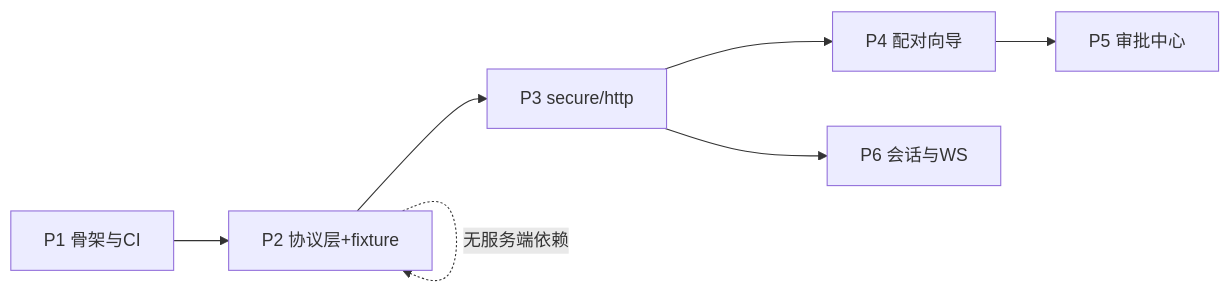
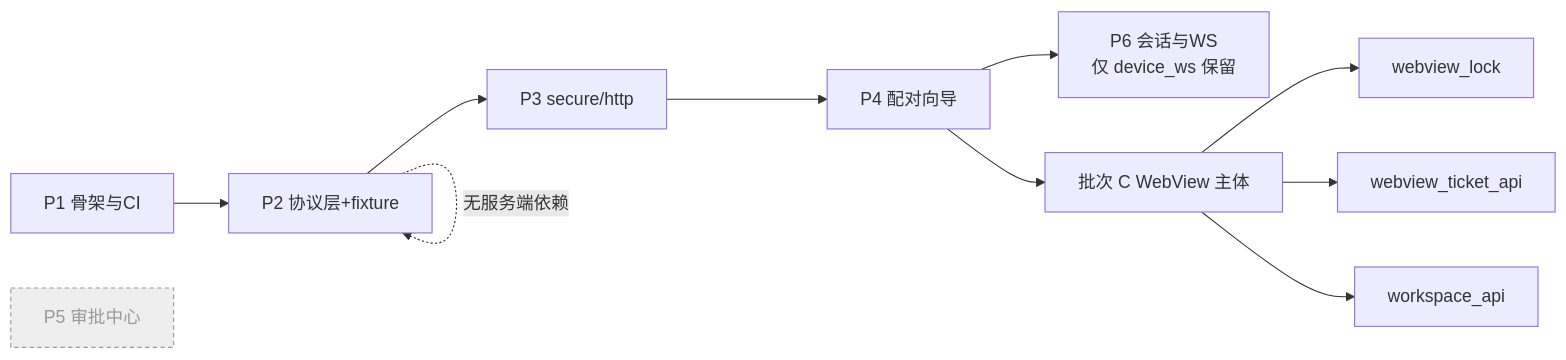
Before and after one commit to dsliveid/harness_go: the diagram in docs/移动端开发实施计划.md, drawn with Mermaid. The commit also changed other lines of this file, not shown here.

````diff
--- a/docs/移动端开发实施计划.md
+++ b/docs/移动端开发实施计划.md
@@ -162,9 +167,14 @@
 ```mermaid
 flowchart LR
   P1[P1 骨架与CI] --> P2[P2 协议层+fixture]
   P2 --> P3[P3 secure/http]
   P3 --> P4[P4 配对向导]
-  P4 --> P5[P5 审批中心]
-  P3 --> P6[P6 会话与WS]
+  P4 --> P6[P6 会话与WS<br/>仅 device_ws 保留]
   P2 -.无服务端依赖.-> P2
+  P4 --> C[批次 C WebView 主体]
+  C --> C1[webview_lock]
+  C --> C2[webview_ticket_api]
+  C --> C3[workspace_api]
+  P5[P5 审批中心]:::dropped
+  classDef dropped fill:#eee,stroke:#999,stroke-dasharray: 4 3,color:#999;
 ```
````
